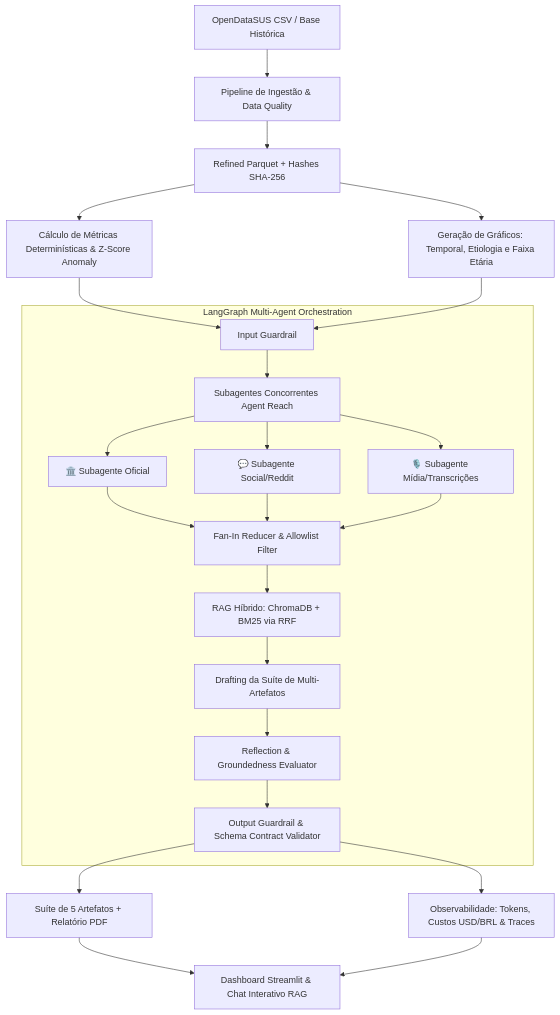
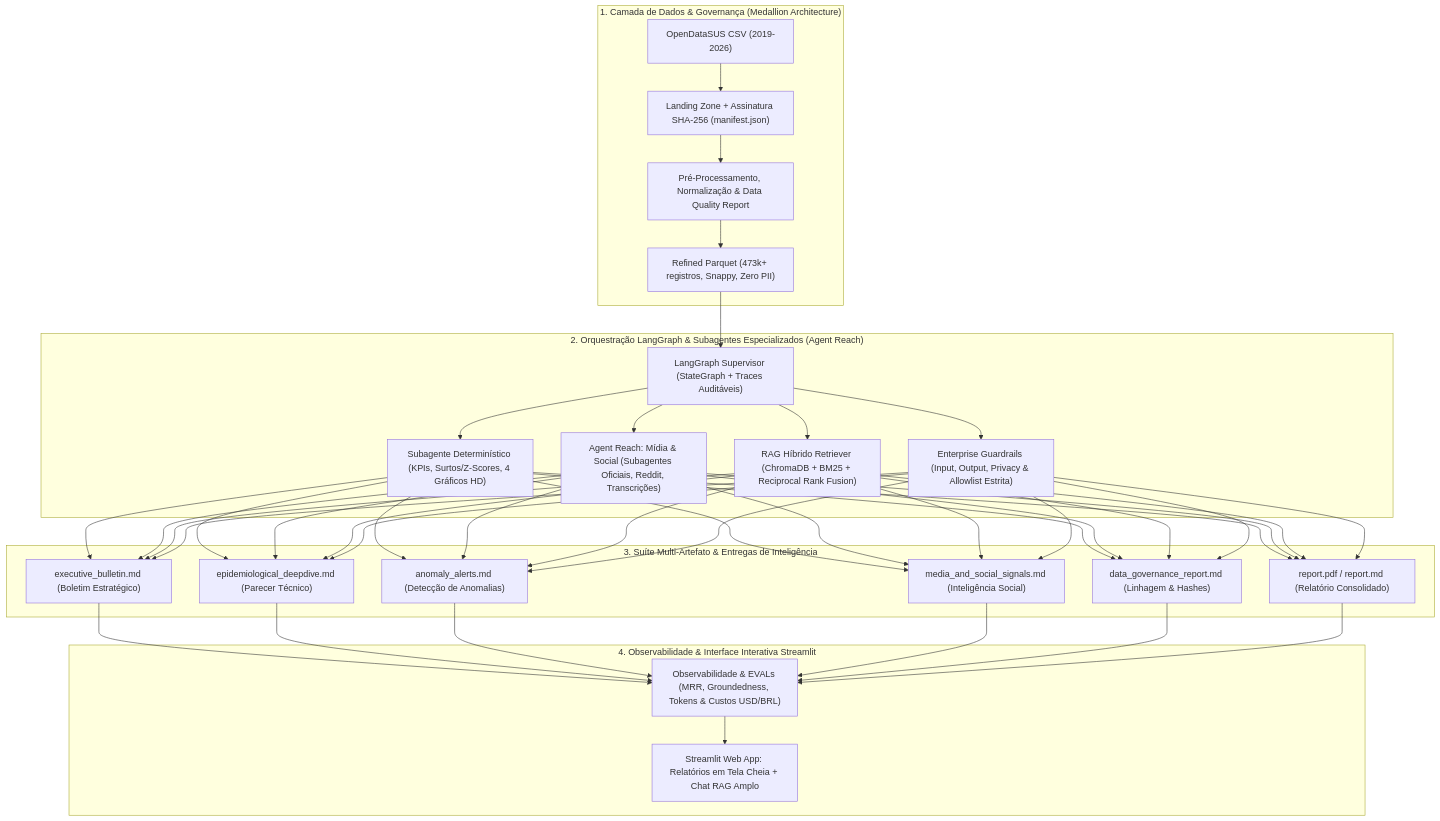
Before and after one commit to Masteradilio/agente_srag_datasus: the diagram in README.md, drawn with Mermaid. The commit also changed other lines of this file and 20 other files, not shown here.

Commit message:
docs: update README with v2 architecture diagram, latest run EVALs and track only latest run artifacts

````diff
--- a/README.md
+++ b/README.md
@@ -54,24 +66,30 @@
 ```mermaid
 flowchart TD
-    A[OpenDataSUS CSV / Base Histórica] --> B[Pipeline de Ingestão & Data Quality]
-    B --> C[Refined Parquet + Hashes SHA-256]
-    C --> D[Cálculo de Métricas Determinísticas & Z-Score Anomaly]
-    C --> E[Geração de Gráficos: Temporal, Etiologia e Faixa Etária]
-    
-    subgraph LangGraph Multi-Agent Orchestration
-        F[Input Guardrail] --> G[Subagentes Concorrentes Agent Reach]
-        G --> G1[🏛️ Subagente Oficial]
-        G --> G2[💬 Subagente Social/Reddit]
-        G --> G3[🎙️ Subagente Mídia/Transcrições]
-        G1 & G2 & G3 --> H[Fan-In Reducer & Allowlist Filter]
-        H --> I[RAG Híbrido: ChromaDB + BM25 via RRF]
-        I --> J[Drafting da Suíte de Multi-Artefatos]
-        J --> K[Reflection & Groundedness Evaluator]
-        K --> L[Output Guardrail & Schema Contract Validator]
+    subgraph DataLayer ["1. Camada de Dados & Governança (Medallion Architecture)"]
+        A["OpenDataSUS CSV (2019-2026)"] --> B["Landing Zone + Assinatura SHA-256 (manifest.json)"]
+        B --> C["Pré-Processamento, Normalização & Data Quality Report"]
+        C --> D["Refined Parquet (473k+ registros, Snappy, Zero PII)"]
     end
-    
-    D & E --> F
-    L --> M[Suíte de 5 Artefatos + Relatório PDF]
-    L --> N[Observabilidade: Tokens, Custos USD/BRL & Traces]
-    M & N --> O[Dashboard Streamlit & Chat Interativo RAG]
+
+    subgraph AgentLayer ["2. Orquestração LangGraph & Subagentes Especializados (Agent Reach)"]
+        D --> Sup["LangGraph Supervisor (StateGraph + Traces Auditáveis)"]
+        Sup --> S1["Subagente Determinístico (KPIs, Surtos/Z-Scores, 4 Gráficos HD)"]
+        Sup --> S2["Agent Reach: Mídia & Social (Subagentes Oficiais, Reddit, Transcrições)"]
+        Sup --> S3["RAG Híbrido Retriever (ChromaDB + BM25 + Reciprocal Rank Fusion)"]
+        Sup --> S4["Enterprise Guardrails (Input, Output, Privacy & Allowlist Estrita)"]
+    end
+
+    subgraph IntelligenceLayer ["3. Suíte Multi-Artefato & Entregas de Inteligência"]
+        S1 & S2 & S3 & S4 --> Art1["executive_bulletin.md (Boletim Estratégico)"]
+        S1 & S2 & S3 & S4 --> Art2["epidemiological_deepdive.md (Parecer Técnico)"]
+        S1 & S2 & S3 & S4 --> Art3["anomaly_alerts.md (Detecção de Anomalias)"]
+        S1 & S2 & S3 & S4 --> Art4["media_and_social_signals.md (Inteligência Social)"]
+        S1 & S2 & S3 & S4 --> Art5["data_governance_report.md (Linhagem & Hashes)"]
+        S1 & S2 & S3 & S4 --> Art6["report.pdf / report.md (Relatório Consolidado)"]
+    end
+
+    subgraph UILayer ["4. Observabilidade & Interface Interativa Streamlit"]
+        Art1 & Art2 & Art3 & Art4 & Art5 & Art6 --> Obs["Observabilidade & EVALs (MRR, Groundedness, Tokens & Custos USD/BRL)"]
+        Obs --> UI["Streamlit Web App: Relatórios em Tela Cheia + Chat RAG Amplo"]
+    end
 ```
````
